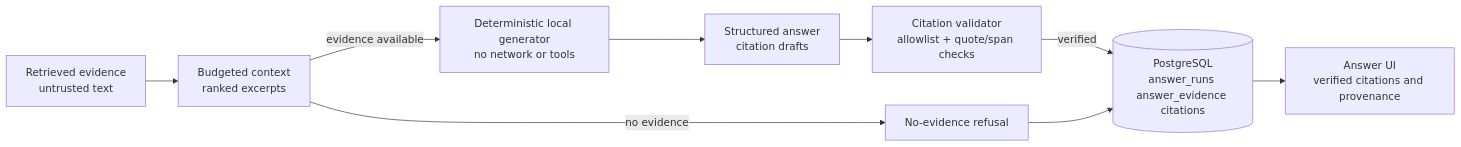
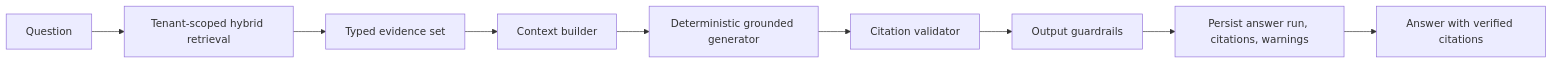
One commit to codevoks/atlas-ai changed the fourth of 6 diagrams in docs/system-design-visuals.md. Above: the diagram before and after it, drawn with Mermaid. The commit also changed other lines of this file and 37 other files, not shown here.

````diff
--- a/docs/system-design-visuals.md
+++ b/docs/system-design-visuals.md
@@ -293,20 +74,11 @@
 ```mermaid
 flowchart LR
-    Evidence[Retrieved evidence\nuntrusted text]
-    Context[Budgeted context\nranked excerpts]
-    Generator[Deterministic local generator\nno network or tools]
-    Draft[Structured answer\ncitation drafts]
-    Validator[Citation validator\nallowlist + quote/span checks]
-    Refusal[No-evidence refusal]
-    Store[(PostgreSQL\nanswer_runs answer_evidence citations)]
-    UI[Answer UI\nverified citations and provenance]
-
-    Evidence --> Context
-    Context -->|no evidence| Refusal
-    Context -->|evidence available| Generator
-    Generator --> Draft
-    Draft --> Validator
-    Validator -->|verified| Store
-    Refusal --> Store
-    Store --> UI
+    Query[Question] --> Retrieve[Tenant-scoped hybrid retrieval]
+    Retrieve --> Evidence[Typed evidence set]
+    Evidence --> Context[Context builder]
+    Context --> Generator[Deterministic grounded generator]
+    Generator --> CitationCheck[Citation validator]
+    CitationCheck --> SafetyCheck[Output guardrails]
+    SafetyCheck --> Persist[Persist answer run, citations, warnings]
+    Persist --> UI[Answer with verified citations]
 ```
````
